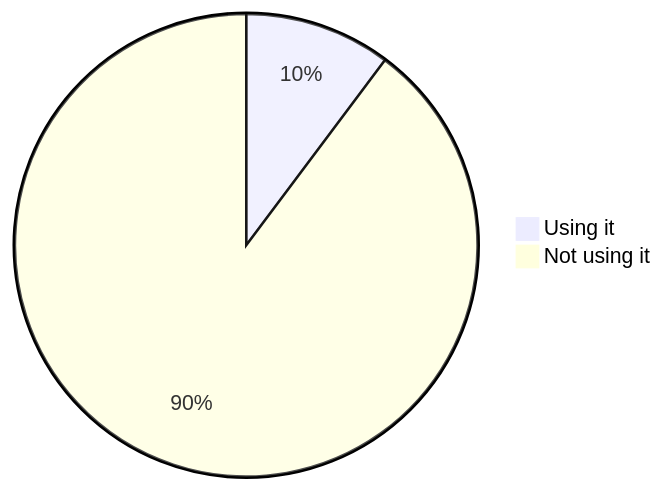
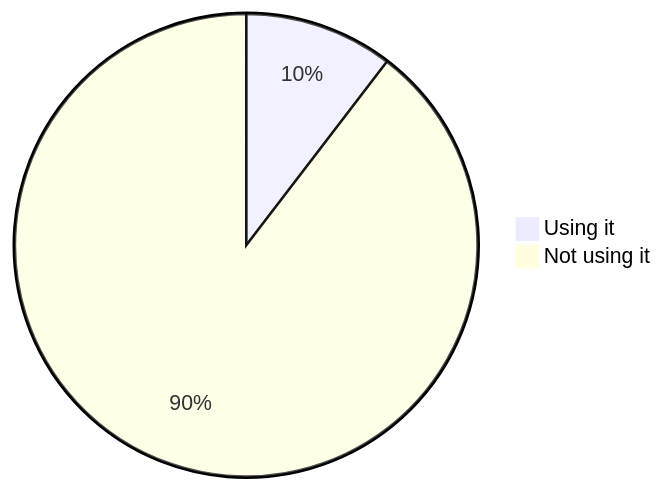
Before and after one commit to oshp/oshp-stats: diagram 13 of 22 in stats.md, drawn with Mermaid. The commit also changed other lines of this file, not shown here.

````diff
--- a/stats.md
+++ b/stats.md
@@ -154,6 +154,6 @@
 ```mermaid
 pie
-	"Using it" : 10.23
-	"Not using it" : 89.77
+	"Using it" : 10.4
+	"Not using it" : 89.6
 
 ```
````
